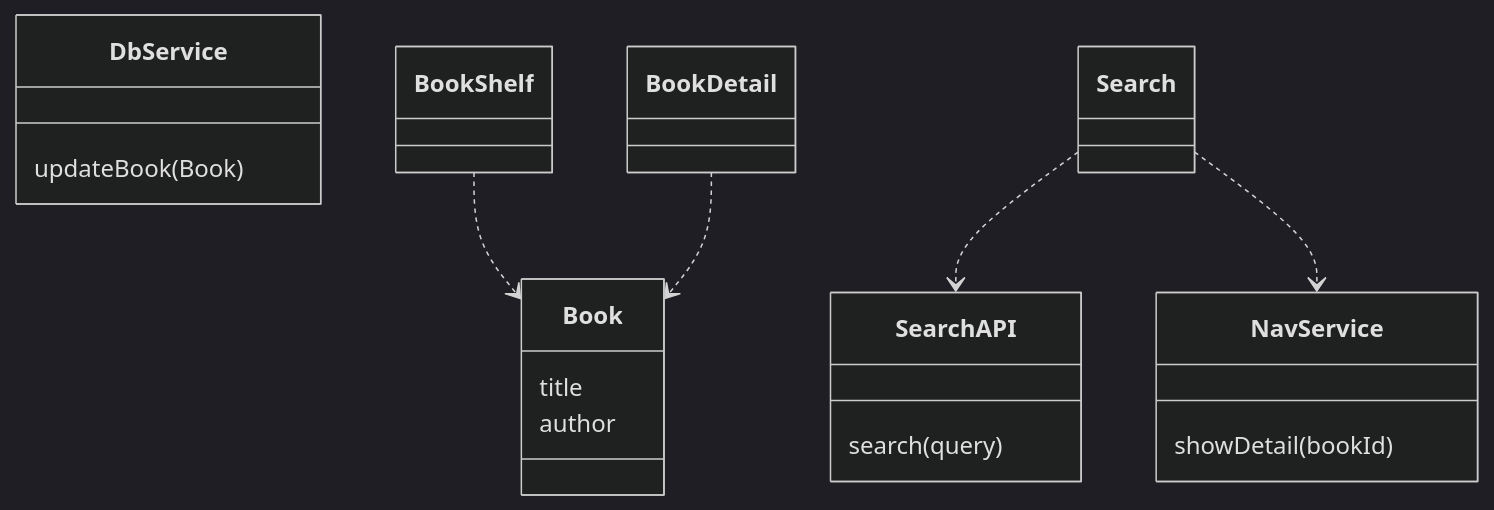
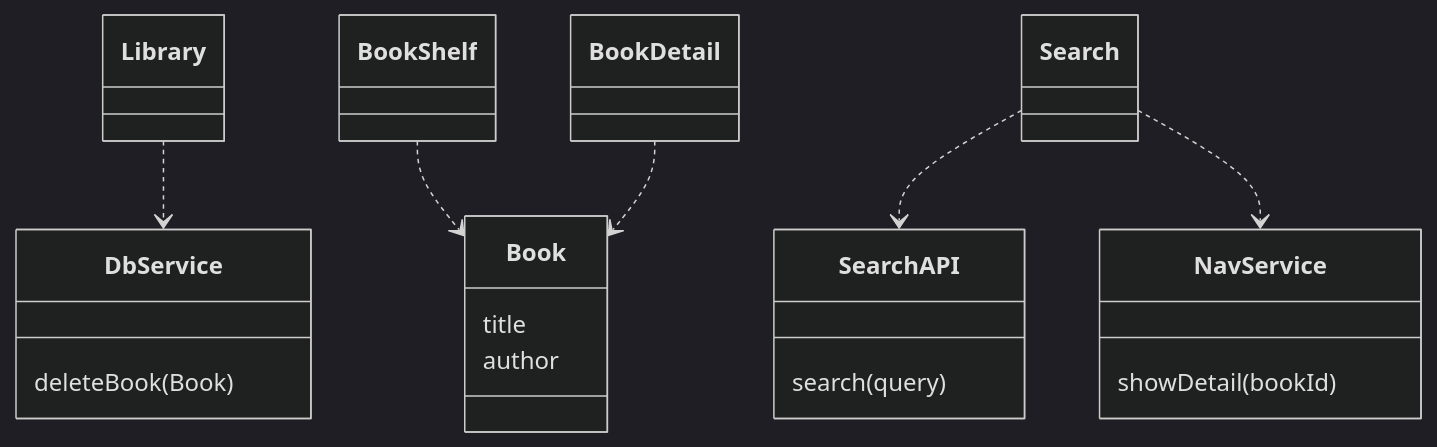
One commit to sisoje/hypermodular changed the third of 3 diagrams in example/APP-MAP.md. Above: the diagram before and after it, drawn with Mermaid (dark theme). The commit also changed 7 other files, not shown here.

````diff
--- a/example/APP-MAP.md
+++ b/example/APP-MAP.md
@@ -29,22 +29,23 @@
 ```mermaid
 %% Root: App · Coupling
 classDiagram
     class Book {
         title
         author
     }
     class DbService {
-        updateBook(Book)
+        deleteBook(Book)
     }
     class NavService {
         showDetail(bookId)
     }
     class SearchAPI {
         search(query)
     }
 
+    Library ..> DbService
     BookShelf ..> Book
     BookDetail ..> Book
     Search ..> SearchAPI
     Search ..> NavService
 ```
````
